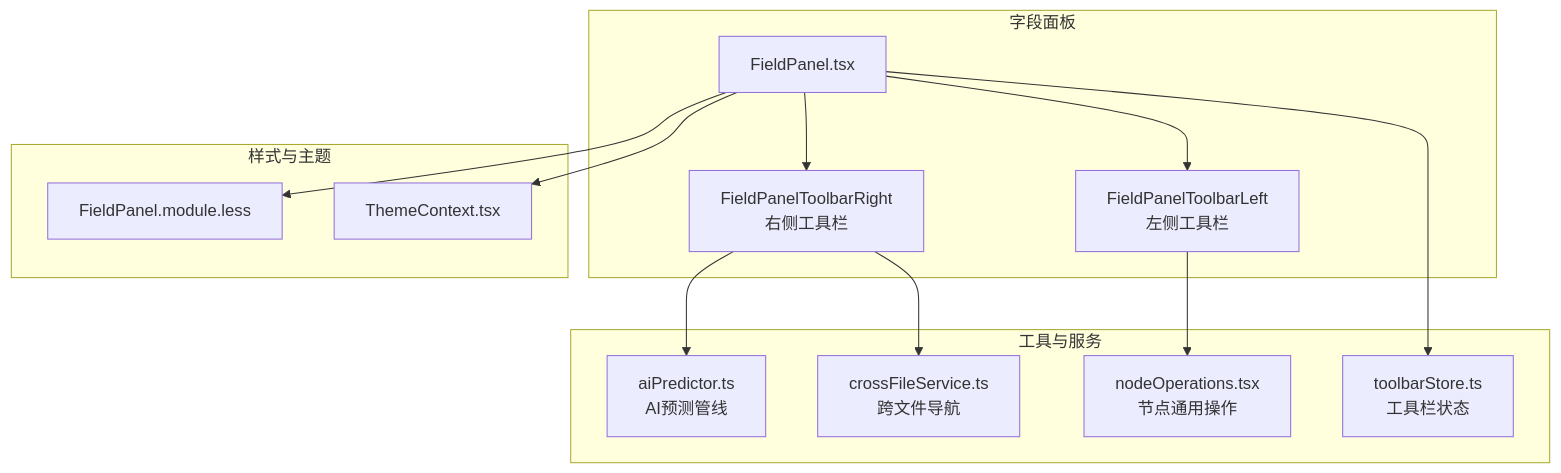
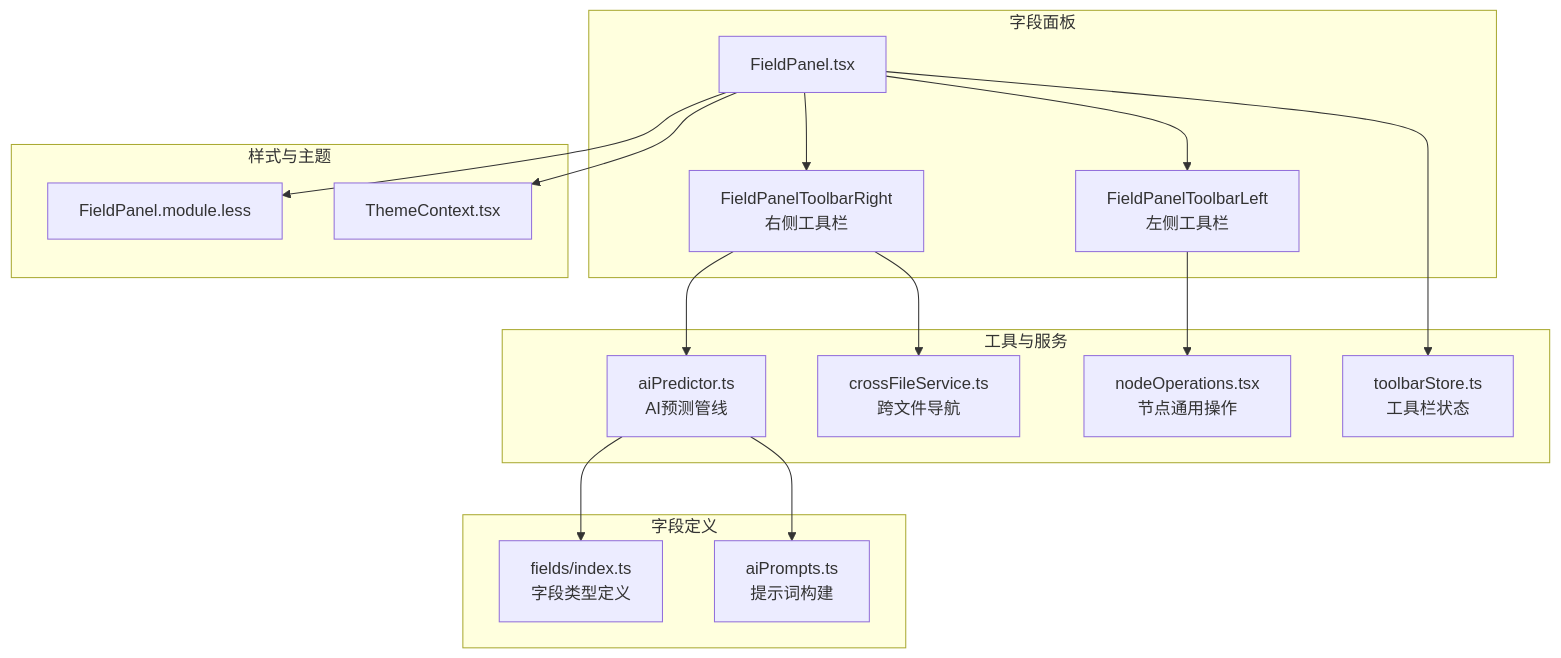
The first of 8 diagrams in .qoder/repowiki/zh/content/字段配置系统/字段编辑器组件/字段面板工具.md (kqcoxn/MaaPipelineEditor), drawn with Mermaid before and after one commit. The commit also changed other lines of this file and 19 other files, not shown here.

````diff
--- a/.qoder/repowiki/zh/content/字段配置系统/字段编辑器组件/字段面板工具.md
+++ b/.qoder/repowiki/zh/content/字段配置系统/字段编辑器组件/字段面板工具.md
@@ -40,26 +52,32 @@
 ```mermaid
 graph TB
 subgraph "字段面板"
 FP["FieldPanel.tsx"]
 L["FieldPanelToolbarLeft<br/>左侧工具栏"]
 R["FieldPanelToolbarRight<br/>右侧工具栏"]
 end
 subgraph "工具与服务"
 AP["aiPredictor.ts<br/>AI预测管线"]
 CFS["crossFileService.ts<br/>跨文件导航"]
 NO["nodeOperations.tsx<br/>节点通用操作"]
 TS["toolbarStore.ts<br/>工具栏状态"]
 end
 subgraph "样式与主题"
 CSS["FieldPanel.module.less"]
 THEME["ThemeContext.tsx"]
 end
+subgraph "字段定义"
+FIELDS["fields/index.ts<br/>字段类型定义"]
+PROMPTS["aiPrompts.ts<br/>提示词构建"]
+end
 FP --> L
 FP --> R
 R --> AP
 R --> CFS
 L --> NO
 FP --> TS
 FP --> CSS
 FP --> THEME
+AP --> FIELDS
+AP --> PROMPTS
 ```
````
